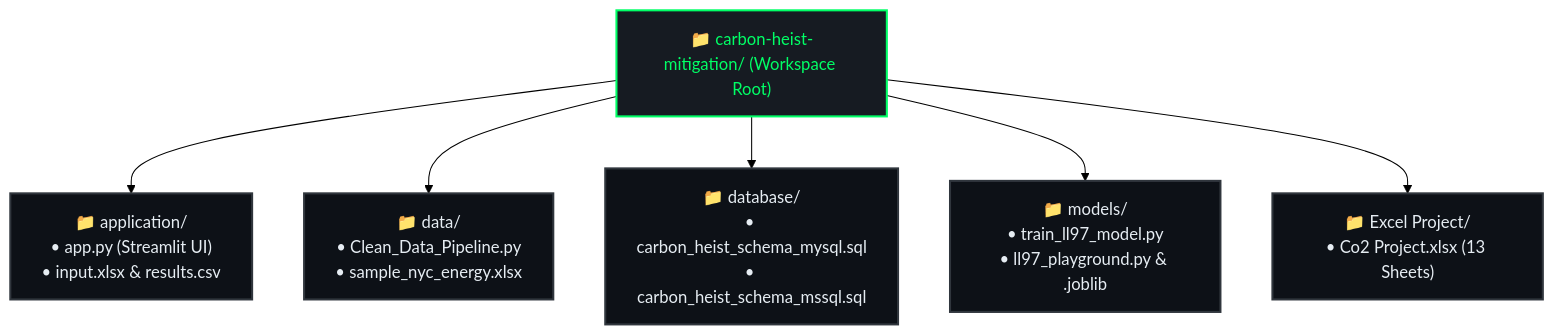
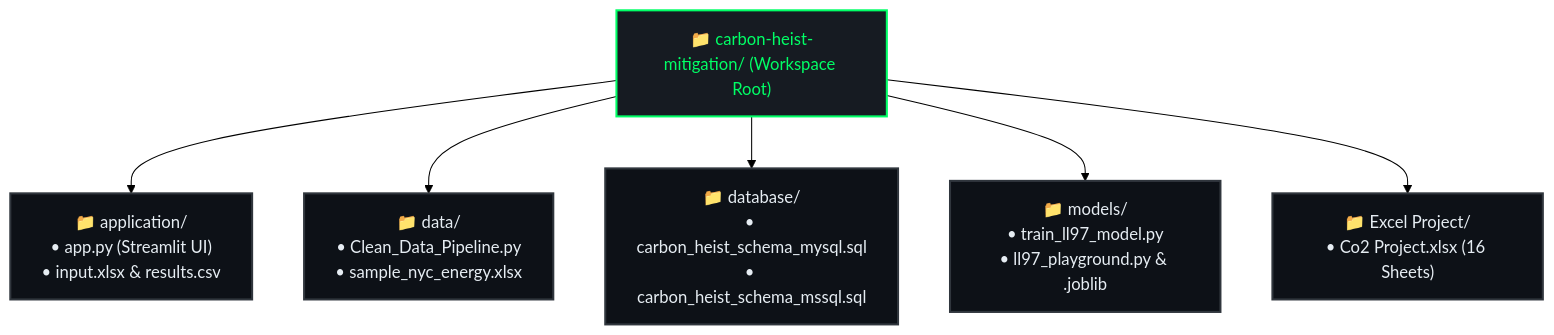
Before and after one commit to Huda-Amr/carbon-heist-mitigation: the first of 2 diagrams in Project Documentations/04_Implementation_and_Coding_Standards.md, drawn with Mermaid (forest theme). The commit also changed 3 other files, not shown here.

Commit message:
Add Tab 5 AI Chatbot node to application Mermaid architecture diagram, document itemized Tab 5 conversational suite, and standardize 16-sheet count across all docs

````diff
--- a/Project Documentations/04_Implementation_and_Coding_Standards.md
+++ b/Project Documentations/04_Implementation_and_Coding_Standards.md
@@ -71,11 +71,11 @@
 ```mermaid
 flowchart TD
     ROOT["📁 carbon-heist-mitigation/ (Workspace Root)"]:::root --> APP["📁 application/\n• app.py (Streamlit UI)\n• input.xlsx & results.csv"]:::pkg
     ROOT --> DATA["📁 data/\n• Clean_Data_Pipeline.py\n• sample_nyc_energy.xlsx"]:::pkg
     ROOT --> DB["📁 database/\n• carbon_heist_schema_mysql.sql\n• carbon_heist_schema_mssql.sql"]:::pkg
     ROOT --> ML["📁 models/\n• train_ll97_model.py\n• ll97_playground.py & .joblib"]:::pkg
-    ROOT --> EXCEL["📁 Excel Project/\n• Co2 Project.xlsx (13 Sheets)"]:::pkg
+    ROOT --> EXCEL["📁 Excel Project/\n• Co2 Project.xlsx (16 Sheets)"]:::pkg
 
     classDef root fill:#161B22,stroke:#00FF66,stroke-width:2px,color:#00FF66
     classDef pkg fill:#0D1117,stroke:#30363D,stroke-width:2px,color:#E6EDF3
 ```
````
